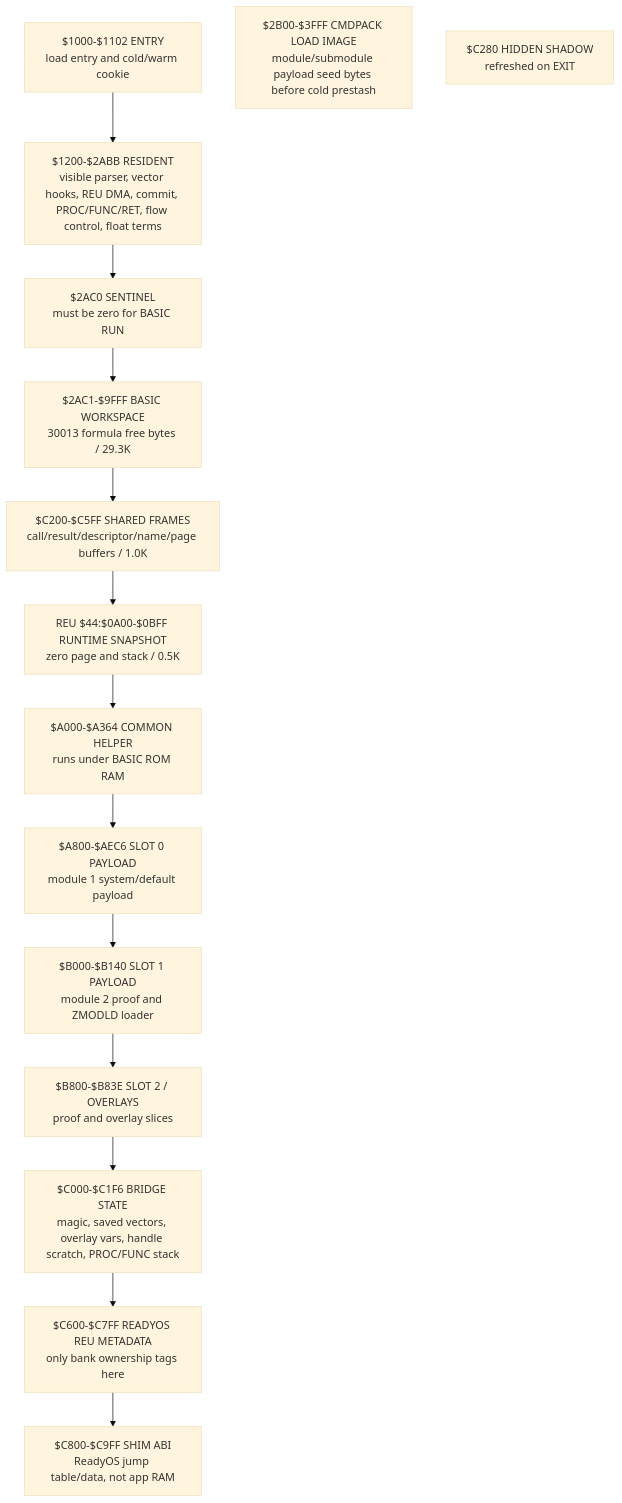
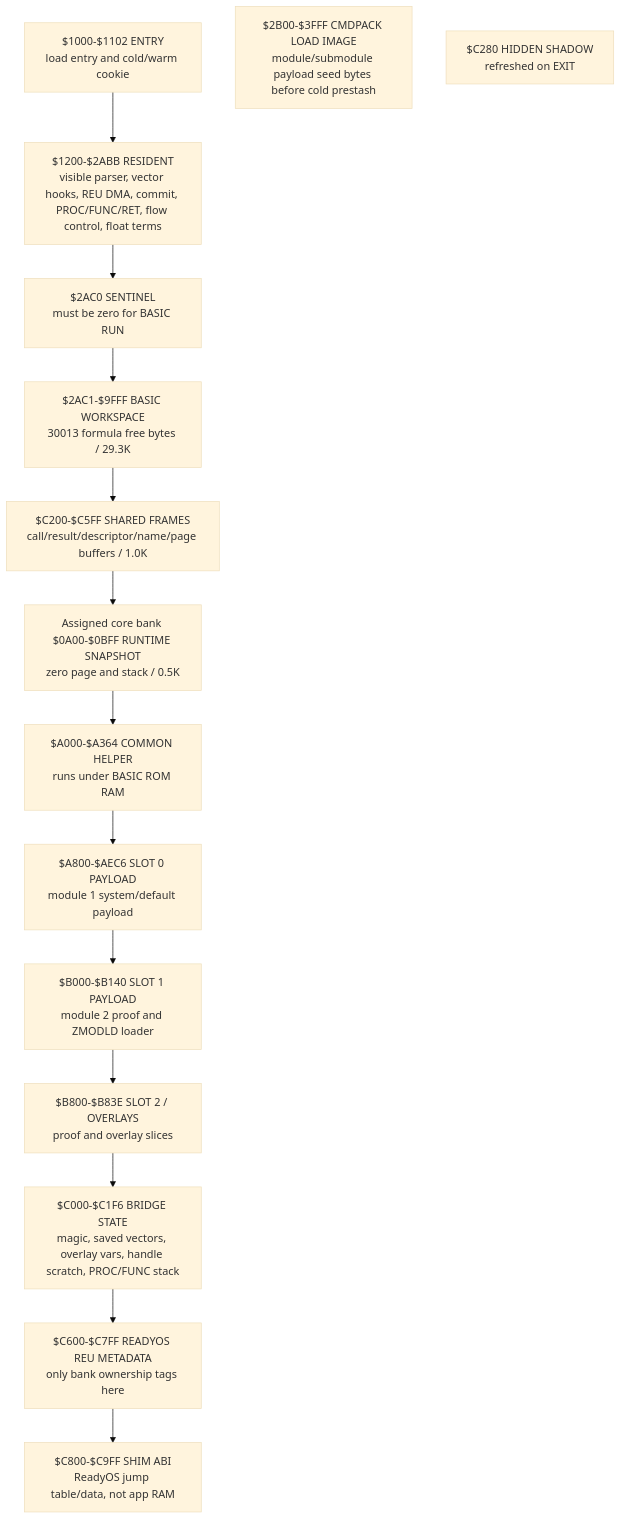
The first of 8 diagrams in src/apps/readybasic/READYBASIC_LIFECYCLE_AND_REU_ARCHITECTURE.md (123Onetwothree123/6502), drawn with Mermaid (base theme) before and after one commit. The commit also changed other lines of this file and 19 other files, not shown here.

````diff
--- a/src/apps/readybasic/READYBASIC_LIFECYCLE_AND_REU_ARCHITECTURE.md
+++ b/src/apps/readybasic/READYBASIC_LIFECYCLE_AND_REU_ARCHITECTURE.md
@@ -141,21 +141,21 @@
 ```mermaid
 flowchart TB
   A["$1000-$1102 ENTRY<br/>load entry and cold/warm cookie"]
   B["$1200-$2ABB RESIDENT<br/>visible parser, vector hooks, REU DMA, commit, PROC/FUNC/RET, flow control, float terms"]
   C["$2AC0 SENTINEL<br/>must be zero for BASIC RUN"]
   D["$2AC1-$9FFF BASIC WORKSPACE<br/>30013 formula free bytes / 29.3K"]
   E["$2B00-$3FFF CMDPACK LOAD IMAGE<br/>module/submodule payload seed bytes before cold prestash"]
-  F["REU $44:$0A00-$0BFF RUNTIME SNAPSHOT<br/>zero page and stack / 0.5K"]
+  F["Assigned core bank $0A00-$0BFF RUNTIME SNAPSHOT<br/>zero page and stack / 0.5K"]
   G["$C200-$C5FF SHARED FRAMES<br/>call/result/descriptor/name/page buffers / 1.0K"]
   I["$C280 HIDDEN SHADOW<br/>refreshed on EXIT"]
   J["$A000-$A364 COMMON HELPER<br/>runs under BASIC ROM RAM"]
   K["$A800-$AEC6 SLOT 0 PAYLOAD<br/>module 1 system/default payload"]
   O["$B000-$B140 SLOT 1 PAYLOAD<br/>module 2 proof and ZMODLD loader"]
   P["$B800-$B83E SLOT 2 / OVERLAYS<br/>proof and overlay slices"]
   L["$C000-$C1F6 BRIDGE STATE<br/>magic, saved vectors, overlay vars, handle scratch, PROC/FUNC stack"]
   M["$C600-$C7FF READYOS REU METADATA<br/>only bank ownership tags here"]
   N["$C800-$C9FF SHIM ABI<br/>ReadyOS jump table/data, not app RAM"]
 
   A --> B --> C --> D --> G
   G --> F --> J --> K --> O --> P --> L --> M --> N
 ```
````
